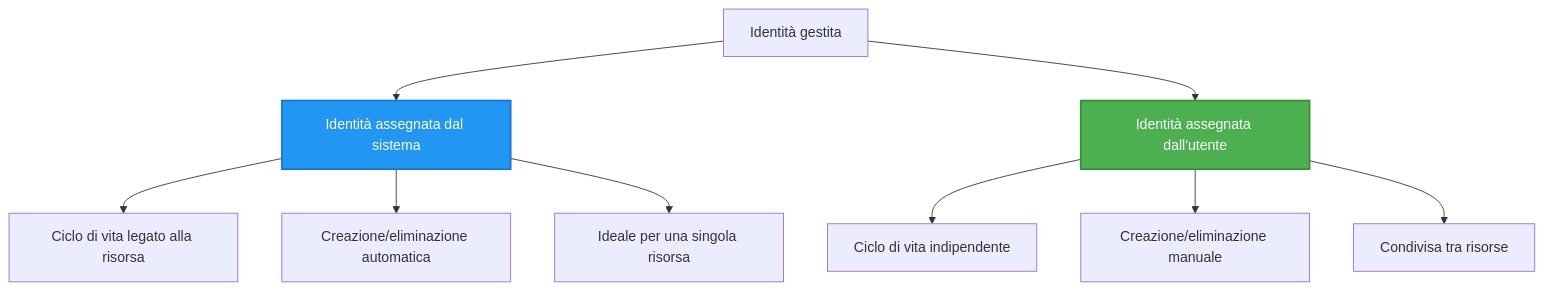
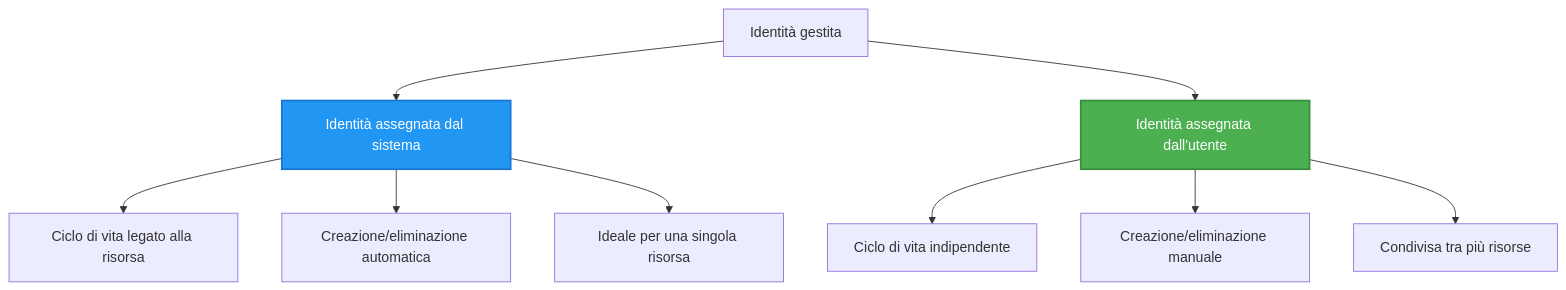
One commit to microsoft/AZD-for-beginners changed the second of 2 diagrams in translations/it/docs/chapter-03-configuration/authsecurity.md. Above: the diagram before and after it, drawn with Mermaid. The commit also changed other lines of this file and 101 other files, not shown here.

````diff
--- a/translations/it/docs/chapter-03-configuration/authsecurity.md
+++ b/translations/it/docs/chapter-03-configuration/authsecurity.md
@@ -97,20 +97,20 @@
 ```mermaid
 graph TB
     MI[Identità gestita]
     SystemAssigned[Identità assegnata dal sistema]
     UserAssigned[Identità assegnata dall'utente]
     
     MI --> SystemAssigned
     MI --> UserAssigned
     
     SystemAssigned --> SA1[Ciclo di vita legato alla risorsa]
     SystemAssigned --> SA2[Creazione/eliminazione automatica]
     SystemAssigned --> SA3[Ideale per una singola risorsa]
     
     UserAssigned --> UA1[Ciclo di vita indipendente]
     UserAssigned --> UA2[Creazione/eliminazione manuale]
-    UserAssigned --> UA3[Condivisa tra risorse]
+    UserAssigned --> UA3[Condivisa tra più risorse]
     
     style SystemAssigned fill:#2196F3,stroke:#1976D2,stroke-width:2px,color:#fff
     style UserAssigned fill:#4CAF50,stroke:#388E3C,stroke-width:2px,color:#fff
 ```
````
